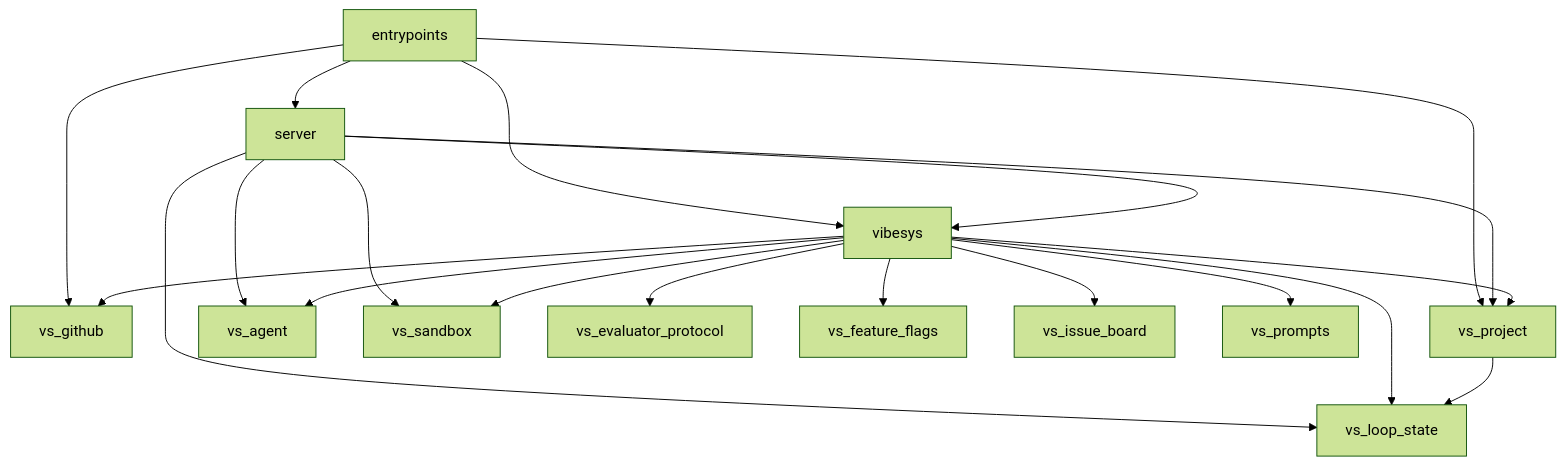
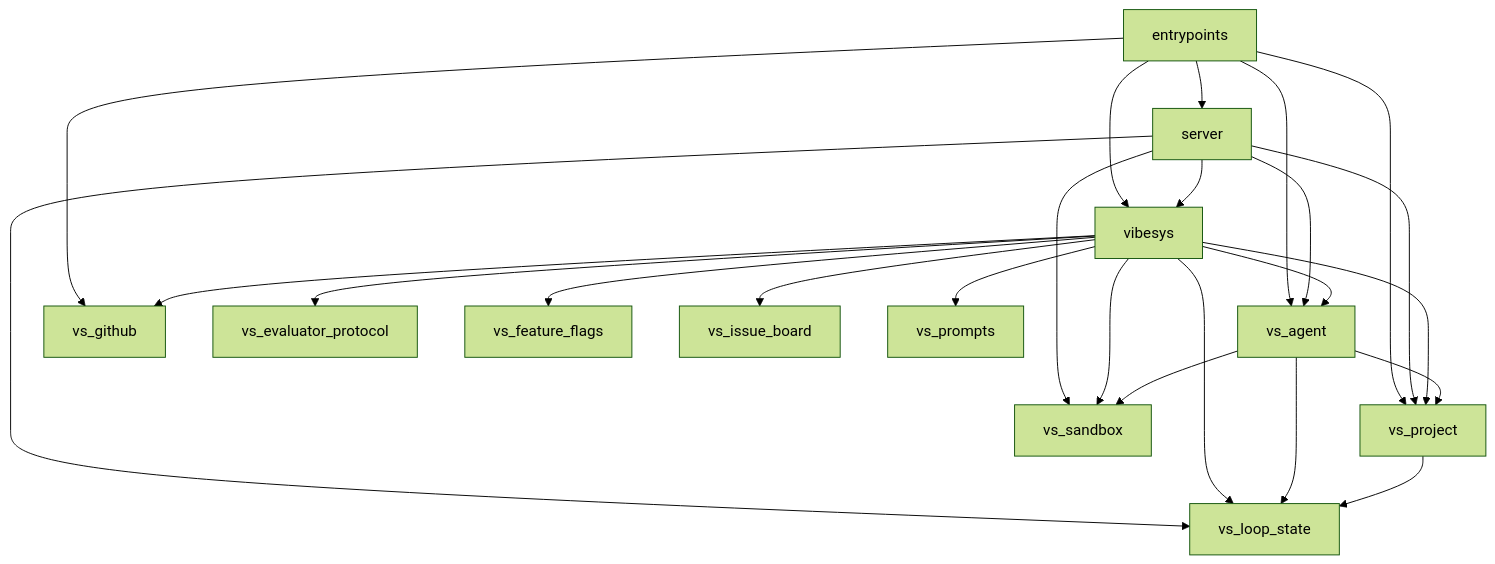
One commit to uw-syfi/vibesys changed the first of 3 diagrams in docs/contributing/architecture.md. Above: the diagram before and after it, drawn with Mermaid (forest theme). The commit also changed other lines of this file and 89 other files, not shown here.

````diff
--- a/docs/contributing/architecture.md
+++ b/docs/contributing/architecture.md
@@ -23,22 +23,26 @@
 ```mermaid
 graph TD
     entrypoints --> server
     entrypoints --> vibesys
+    entrypoints --> vs_agent
     entrypoints --> vs_github
     entrypoints --> vs_project
     server --> vibesys
     server --> vs_agent
     server --> vs_loop_state
     server --> vs_project
     server --> vs_sandbox
     vibesys --> vs_agent
     vibesys --> vs_evaluator_protocol
     vibesys --> vs_feature_flags
     vibesys --> vs_github
     vibesys --> vs_issue_board
     vibesys --> vs_loop_state
     vibesys --> vs_project
     vibesys --> vs_prompts
     vibesys --> vs_sandbox
+    vs_agent --> vs_loop_state
+    vs_agent --> vs_project
+    vs_agent --> vs_sandbox
     vs_project --> vs_loop_state
 ```
````
